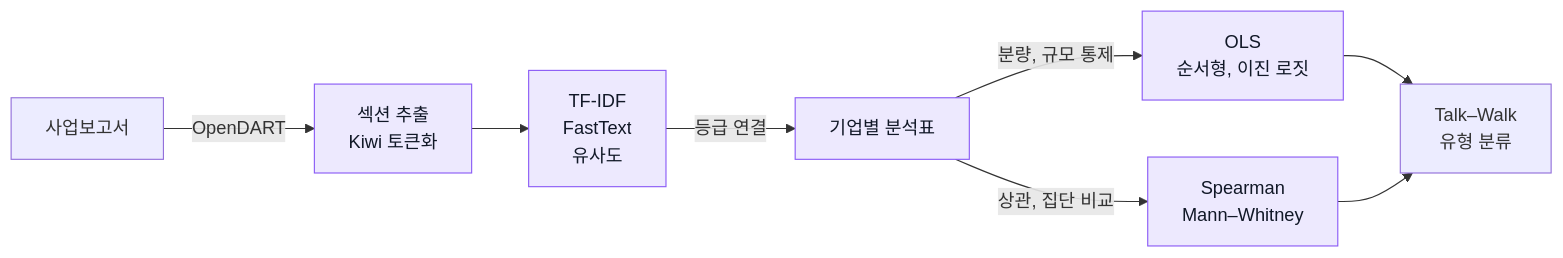
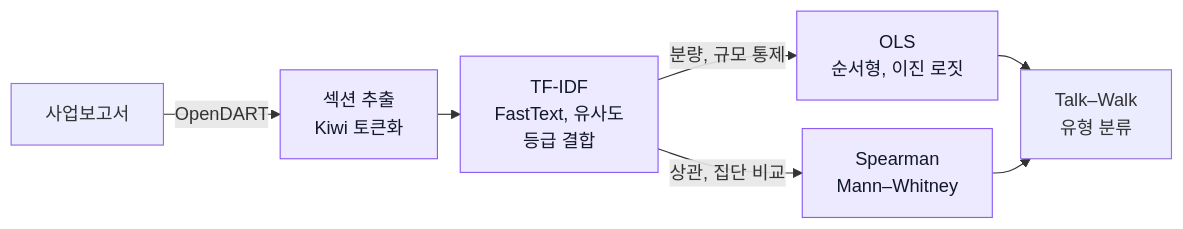
Before and after one commit to lcsvvo/ESG-DART-Text-Mining: the diagram in README.md, drawn with Mermaid.

Commit message:
docs: reduce workflow width for the final step

````diff
--- a/README.md
+++ b/README.md
@@ -52,12 +52,12 @@
 ```mermaid
+%%{init: {"flowchart": {"nodeSpacing": 25, "rankSpacing": 20}}}%%
 flowchart LR
     A["사업보고서"] -->|OpenDART| B["섹션 추출<br/>Kiwi 토큰화"]
-    B --> C["TF-IDF<br/>FastText<br/>유사도"]
-    C -->|등급 연결| D["기업별 분석표"]
-    D -->|분량, 규모 통제| E["OLS<br/>순서형, 이진 로짓"]
-    D -->|상관, 집단 비교| F["Spearman<br/>Mann–Whitney"]
+    B --> C["TF-IDF<br/>FastText, 유사도<br/>등급 결합"]
+    C -->|분량, 규모 통제| E["OLS<br/>순서형, 이진 로짓"]
+    C -->|상관, 집단 비교| F["Spearman<br/>Mann–Whitney"]
     E --> G["Talk–Walk<br/>유형 분류"]
     F --> G
     classDef step fill:#ede9fe,stroke:#8b5cf6,color:#111827;
-    class B,C,D,E,F step;
+    class B,C,E,F step;
 ```
````
